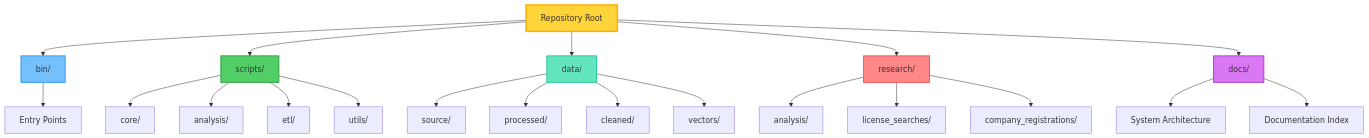
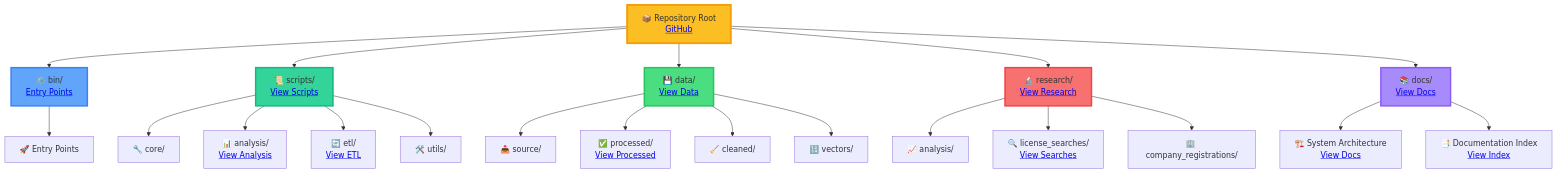
One commit to 1digitaldesign/kettler-data-analysis changed the fifth of 6 diagrams in README.md. Above: the diagram before and after it, drawn with Mermaid. The commit also changed other lines of this file and 8 other files, not shown here.

First line of the commit message:
fix: Improve dark mode contrast and add interactive elements to diagrams

````diff
--- a/README.md
+++ b/README.md
@@ -293,34 +293,34 @@
 ```mermaid
 graph TD
-    A[Repository Root] --> B[bin/]
-    A --> C[scripts/]
-    A --> D[data/]
-    A --> E[research/]
-    A --> F[docs/]
+    A["📦 Repository Root<br/><a href='https://github.com/1digitaldesign/kettler-data-analysis'>GitHub</a>"] --> B["⚙️ bin/<br/><a href='bin/'>Entry Points</a>"]
+    A --> C["📜 scripts/<br/><a href='scripts/'>View Scripts</a>"]
+    A --> D["💾 data/<br/><a href='data/'>View Data</a>"]
+    A --> E["🔬 research/<br/><a href='research/'>View Research</a>"]
+    A --> F["📚 docs/<br/><a href='docs/'>View Docs</a>"]
 
-    B --> B1[Entry Points]
+    B --> B1["🚀 Entry Points"]
 
-    C --> C1[core/]
-    C --> C2[analysis/]
-    C --> C3[etl/]
-    C --> C4[utils/]
+    C --> C1["🔧 core/"]
+    C --> C2["📊 analysis/<br/><a href='scripts/analysis/'>View Analysis</a>"]
+    C --> C3["🔄 etl/<br/><a href='scripts/etl/'>View ETL</a>"]
+    C --> C4["🛠️ utils/"]
 
-    D --> D1[source/]
-    D --> D2[processed/]
-    D --> D3[cleaned/]
-    D --> D4[vectors/]
+    D --> D1["📥 source/"]
+    D --> D2["✅ processed/<br/><a href='data/processed/'>View Processed</a>"]
+    D --> D3["🧹 cleaned/"]
+    D --> D4["🔢 vectors/"]
 
-    E --> E1[analysis/]
-    E --> E2[license_searches/]
-    E --> E3[company_registrations/]
+    E --> E1["📈 analysis/"]
+    E --> E2["🔍 license_searches/<br/><a href='research/license_searches/'>View Searches</a>"]
+    E --> E3["🏢 company_registrations/"]
 
-    F --> F1[System Architecture]
-    F --> F2[Documentation Index]
+    F --> F1["🏗️ System Architecture<br/><a href='docs/SYSTEM_ARCHITECTURE.md'>View Docs</a>"]
+    F --> F2["📑 Documentation Index<br/><a href='docs/INDEX.md'>View Index</a>"]
 
-    style A fill:#ffd43b,stroke:#fab005,stroke-width:3px
-    style B fill:#74c0fc,stroke:#339af0,stroke-width:2px
-    style C fill:#51cf66,stroke:#2f9e44,stroke-width:2px
-    style D fill:#63e6be,stroke:#20c997,stroke-width:2px
-    style E fill:#ff8787,stroke:#fa5252,stroke-width:2px
-    style F fill:#da77f2,stroke:#ae3ec9,stroke-width:2px
+    style A fill:#fbbf24,stroke:#f59e0b,stroke-width:4px
+    style B fill:#60a5fa,stroke:#3b82f6,stroke-width:3px
+    style C fill:#34d399,stroke:#10b981,stroke-width:3px
+    style D fill:#4ade80,stroke:#22c55e,stroke-width:3px
+    style E fill:#f87171,stroke:#ef4444,stroke-width:3px
+    style F fill:#a78bfa,stroke:#8b5cf6,stroke-width:3px
 ```
````
